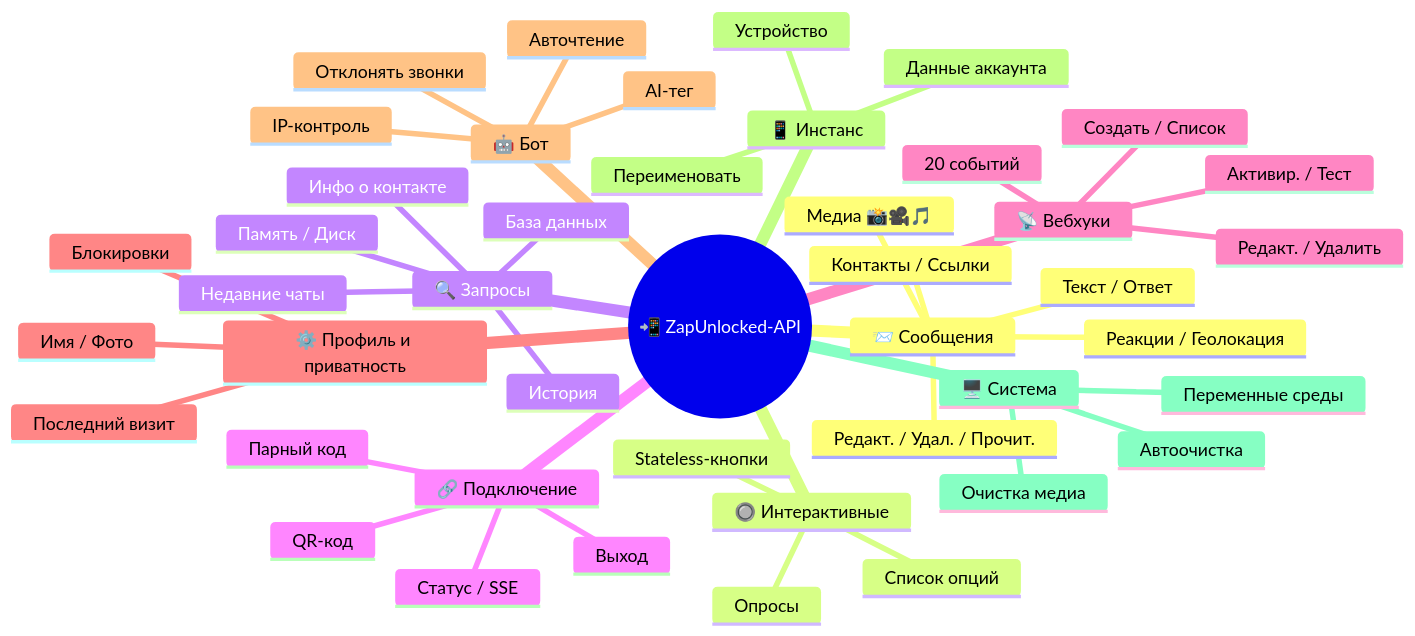
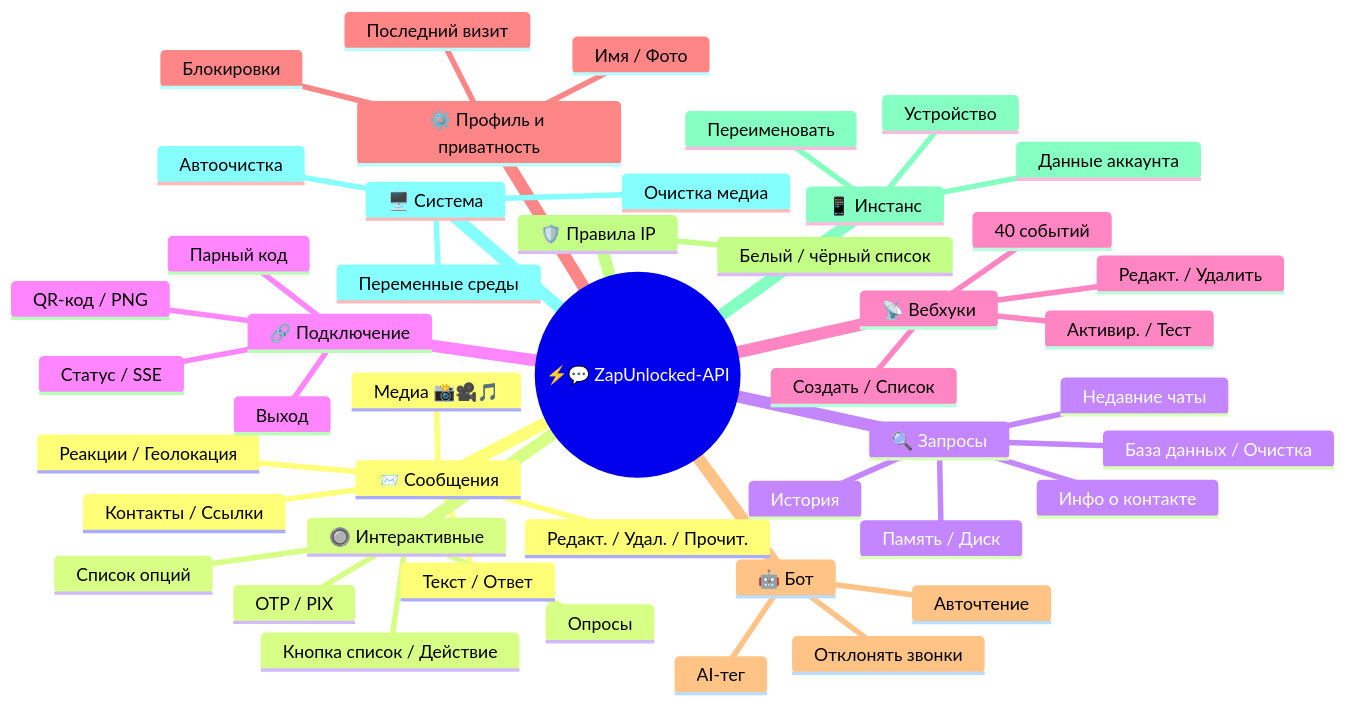
One commit to kauafpssx/ZapUnlocked-API changed the first of 2 diagrams in docs/translations/ru.md. Above: the diagram before and after it, drawn with Mermaid. The commit also changed other lines of this file and 23 other files, not shown here.

````diff
--- a/docs/translations/ru.md
+++ b/docs/translations/ru.md
@@ -52,47 +55,49 @@
 ```mermaid
 mindmap
-  root((📲 ZapUnlocked-API))
+  root((⚡💬 ZapUnlocked-API))
     📨 Сообщения
       Текст / Ответ
       Медиа 📸🎥🎵
       Реакции / Геолокация
       Контакты / Ссылки
       Редакт. / Удал. / Прочит.
     🔘 Интерактивные
-      Stateless-кнопки
+      Кнопка список / Действие
+      OTP / PIX
       Список опций
       Опросы
     🔍 Запросы
       Инфо о контакте
       История
       Недавние чаты
       Память / Диск
-      База данных
+      База данных / Очистка
     🔗 Подключение
       Статус / SSE
-      QR-код
+      QR-код / PNG
       Парный код
       Выход
     📡 Вебхуки
-      Создать / Список
-      Редакт. / Удалить
-      Активир. / Тест
-      20 событий
+       Создать / Список
+       Редакт. / Удалить
+       Активир. / Тест
+       40 событий
     ⚙️ Профиль и приватность
       Имя / Фото
       Последний визит
       Блокировки
     🤖 Бот
       AI-тег
-      IP-контроль
       Отклонять звонки
       Авточтение
+    🛡️ Правила IP
+      Белый / чёрный список
     📱 Инстанс
       Данные аккаунта
       Устройство
       Переименовать
     🖥️ Система
       Переменные среды
       Очистка медиа
       Автоочистка
 ```
````
